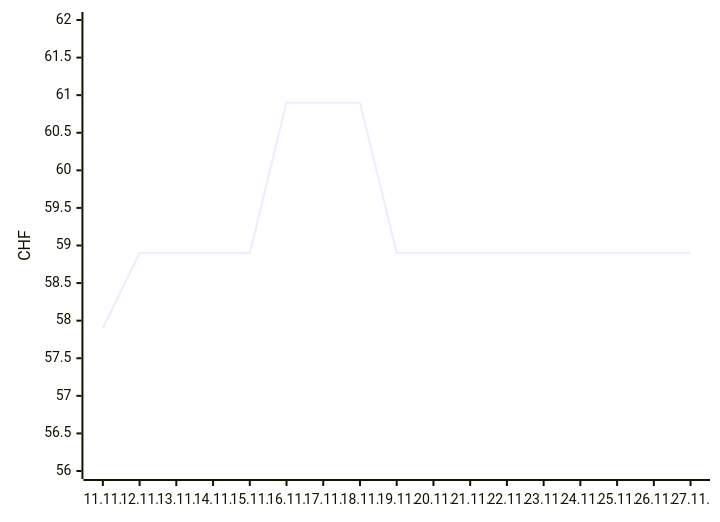
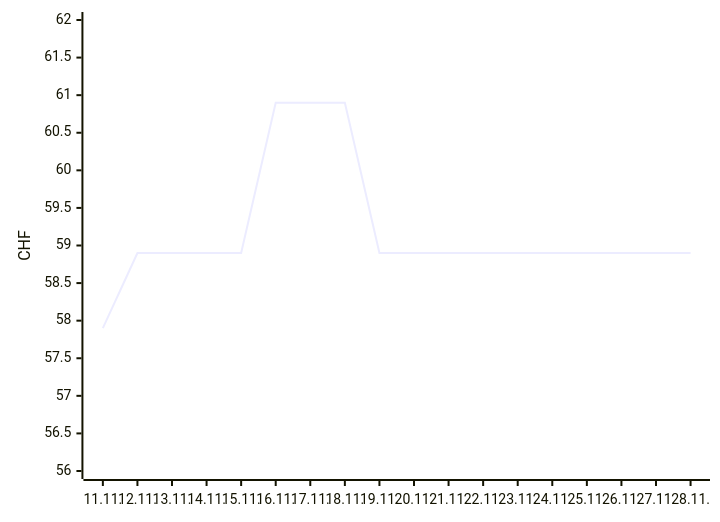
One commit to Akira2828/my-Galaxus-MCP changed the second of 2 diagrams in README.md. Above: the diagram before and after it, drawn with Mermaid. The commit also changed other lines of this file and 1 other file, not shown here.

````diff
--- a/README.md
+++ b/README.md
@@ -25,6 +25,6 @@
 ```mermaid
 xychart-beta
-  x-axis ["11.11.", "12.11.", "13.11.", "14.11.", "15.11.", "16.11.", "17.11.", "18.11.", "19.11.", "20.11.", "21.11.", "22.11.", "23.11.", "24.11.", "25.11.", "26.11.", "27.11."]
+  x-axis ["11.11.", "12.11.", "13.11.", "14.11.", "15.11.", "16.11.", "17.11.", "18.11.", "19.11.", "20.11.", "21.11.", "22.11.", "23.11.", "24.11.", "25.11.", "26.11.", "27.11.", "28.11."]
   y-axis "CHF" 56 --> 62
-  line [57.9, 58.9, 58.9, 58.9, 58.9, 60.9, 60.9, 60.9, 58.9, 58.9, 58.9, 58.9, 58.9, 58.9, 58.9, 58.9, 58.9]
+  line [57.9, 58.9, 58.9, 58.9, 58.9, 60.9, 60.9, 60.9, 58.9, 58.9, 58.9, 58.9, 58.9, 58.9, 58.9, 58.9, 58.9, 58.9]
 ```
````
